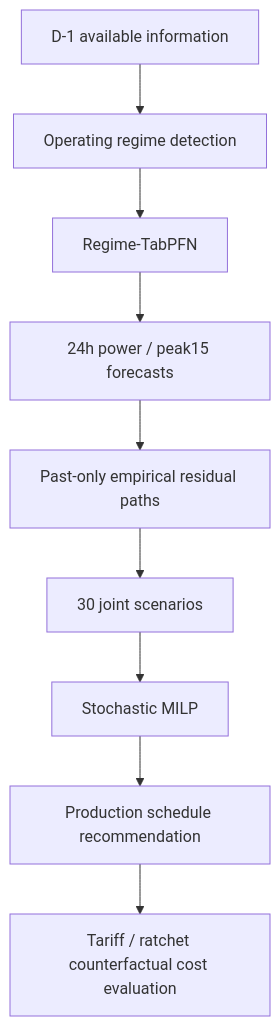
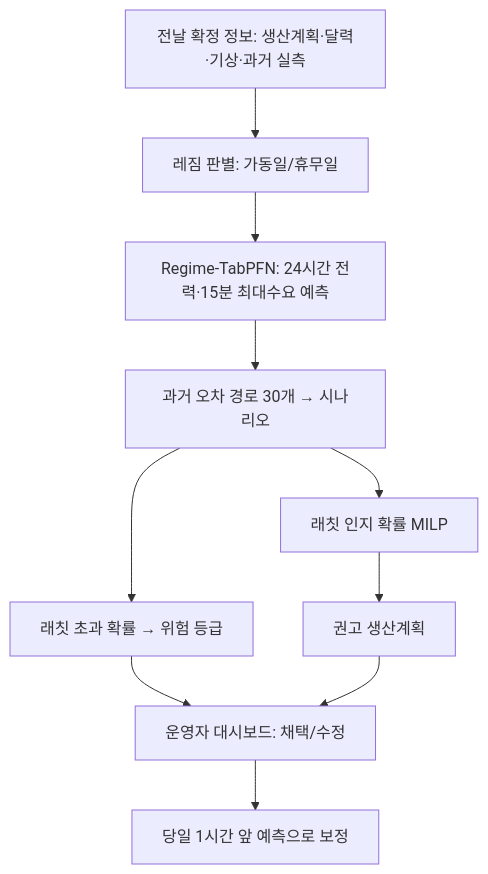
Before and after one commit to nepersoned/kamp-power-peak-forecast: the diagram in docs/REPORT_DRAFT.md, drawn with Mermaid. The commit also changed other lines of this file and 8 other files, not shown here.

First line of the commit message:
Integrate Regime-TabPFN results into report; unify environment

````diff
--- a/docs/REPORT_DRAFT.md
+++ b/docs/REPORT_DRAFT.md
@@ -285,11 +257,12 @@
 ```mermaid
 flowchart TD
-    A[D-1 available information] --> B[Operating regime detection]
-    B --> C[Regime-TabPFN]
-    C --> D[24h power / peak15 forecasts]
-    D --> E[Past-only empirical residual paths]
-    E --> F[30 joint scenarios]
-    F --> G[Stochastic MILP]
-    G --> H[Production schedule recommendation]
-    H --> I[Tariff / ratchet counterfactual cost evaluation]
+    A[전날 확정 정보: 생산계획·달력·기상·과거 실측] --> B[레짐 판별: 가동일/휴무일]
+    B --> C[Regime-TabPFN: 24시간 전력·15분 최대수요 예측]
+    C --> D[과거 오차 경로 30개 → 시나리오]
+    D --> E[래칫 초과 확률 → 위험 등급]
+    D --> F[래칫 인지 확률 MILP]
+    F --> G[권고 생산계획]
+    E --> H[운영자 대시보드: 채택/수정]
+    G --> H
+    H --> I[당일 1시간 앞 예측으로 보정]
 ```
````
